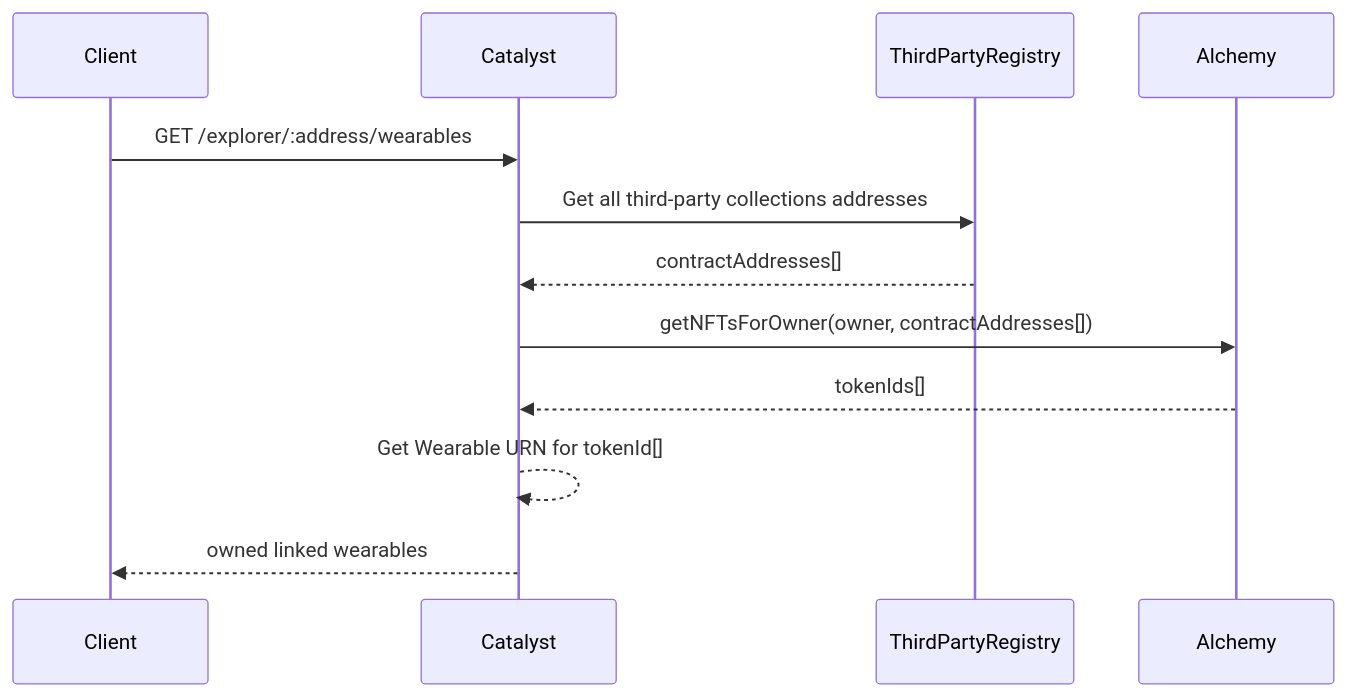
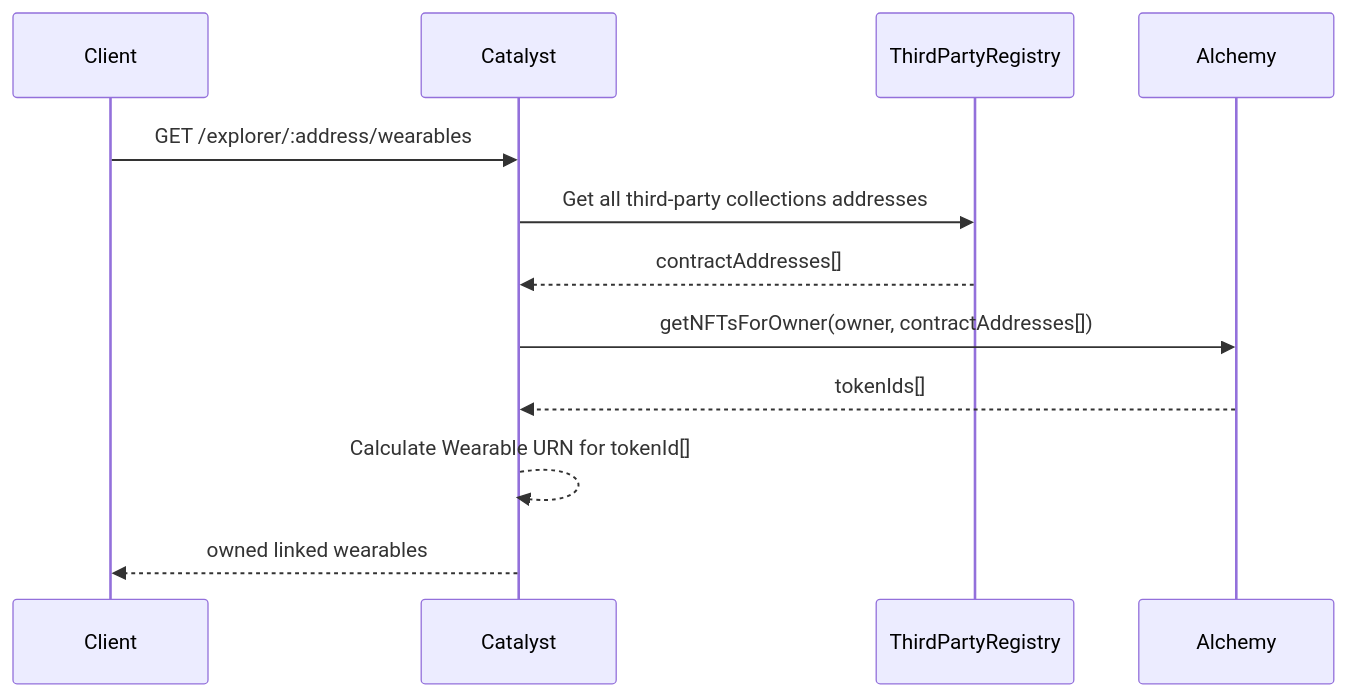
Before and after one commit to decentraland/adr: the diagram in content/ADR-202-linked-wearables.md, drawn with Mermaid. The commit also changed other lines of this file, not shown here.

Commit message:
docs: ADR-202 for linked wearables v2

````diff
--- a/content/ADR-202-linked-wearables.md
+++ b/content/ADR-202-linked-wearables.md
@@ -170,10 +170,10 @@
 ```mermaid
 sequenceDiagram
 Client->>Catalyst: GET /explorer/:address/wearables
 Catalyst->>ThirdPartyRegistry: Get all third-party collections addresses
 ThirdPartyRegistry-->>Catalyst: contractAddresses[]
 Catalyst->>Alchemy: getNFTsForOwner(owner, contractAddresses[])
 Alchemy-->>Catalyst: tokenIds[]
-Catalyst-->>Catalyst: Get Wearable URN for tokenId[]
+Catalyst-->>Catalyst: Calculate Wearable URN for tokenId[]
 Catalyst-->>Client: owned linked wearables
 ```
````
